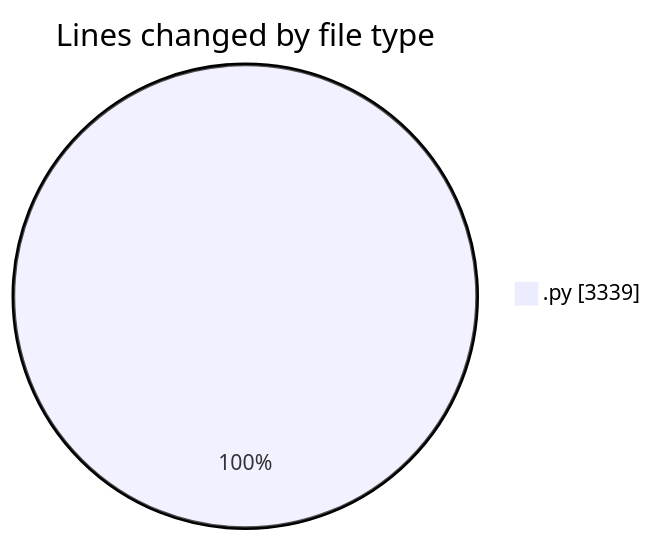
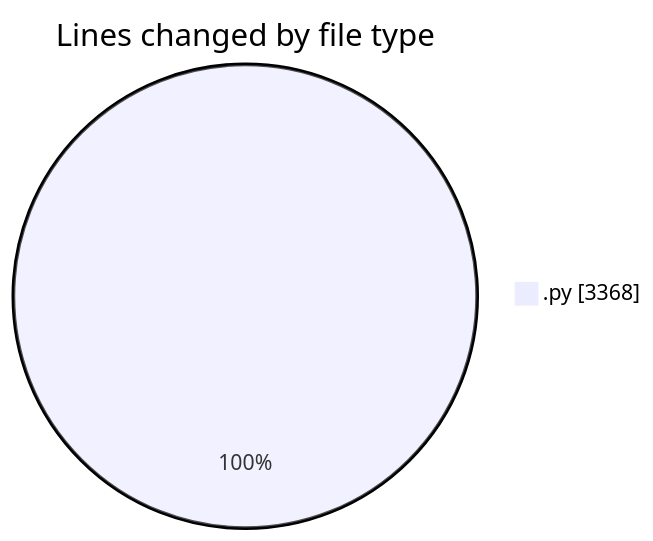
The first of 2 diagrams in 2025-05-08/myws__workspace_/README.md (MatusMokan/code-tracking), drawn with Mermaid before and after one commit. The commit also changed other lines of this file and 1 other file, not shown here.

````diff
--- a/2025-05-08/myws__workspace_/README.md
+++ b/2025-05-08/myws__workspace_/README.md
@@ -23,5 +23,5 @@
 ```mermaid
 pie showData
 title Lines changed by file type
-".py" : 3339
+".py" : 3368
 ```
````
